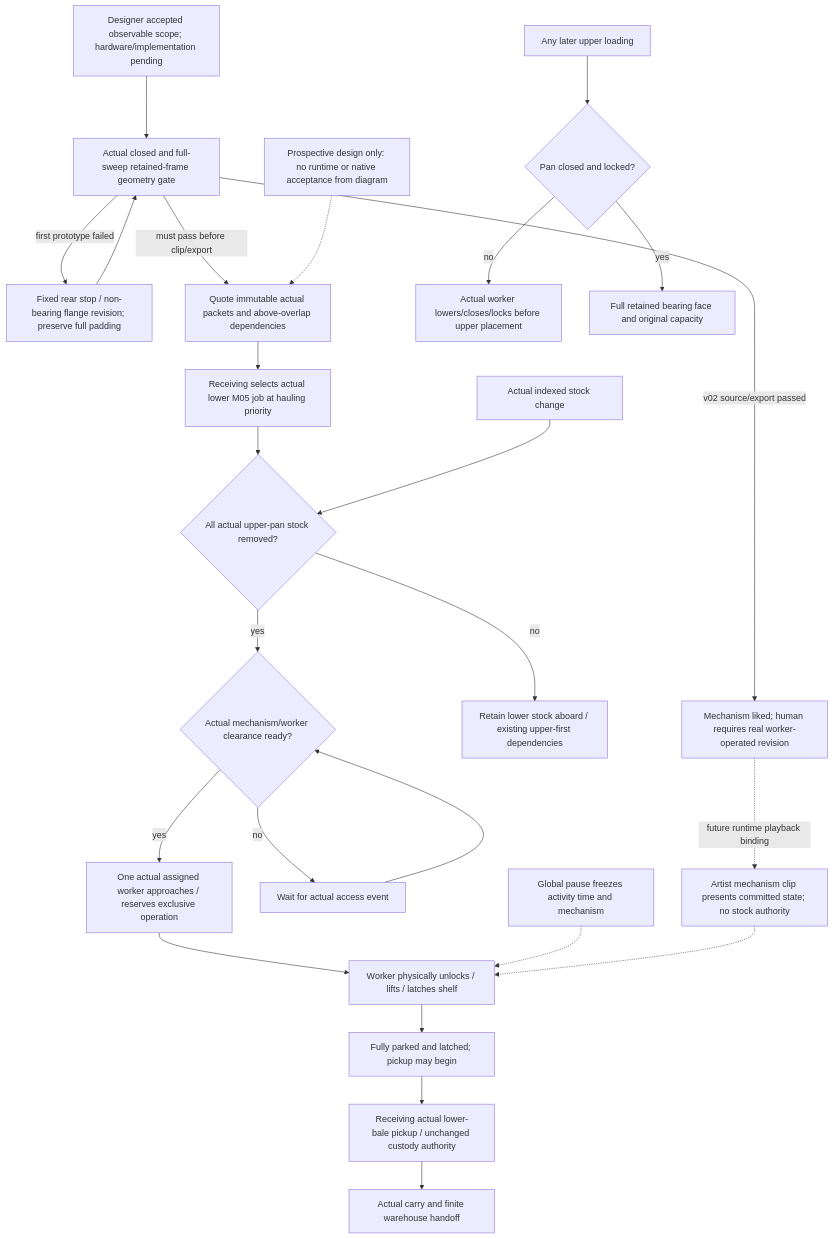
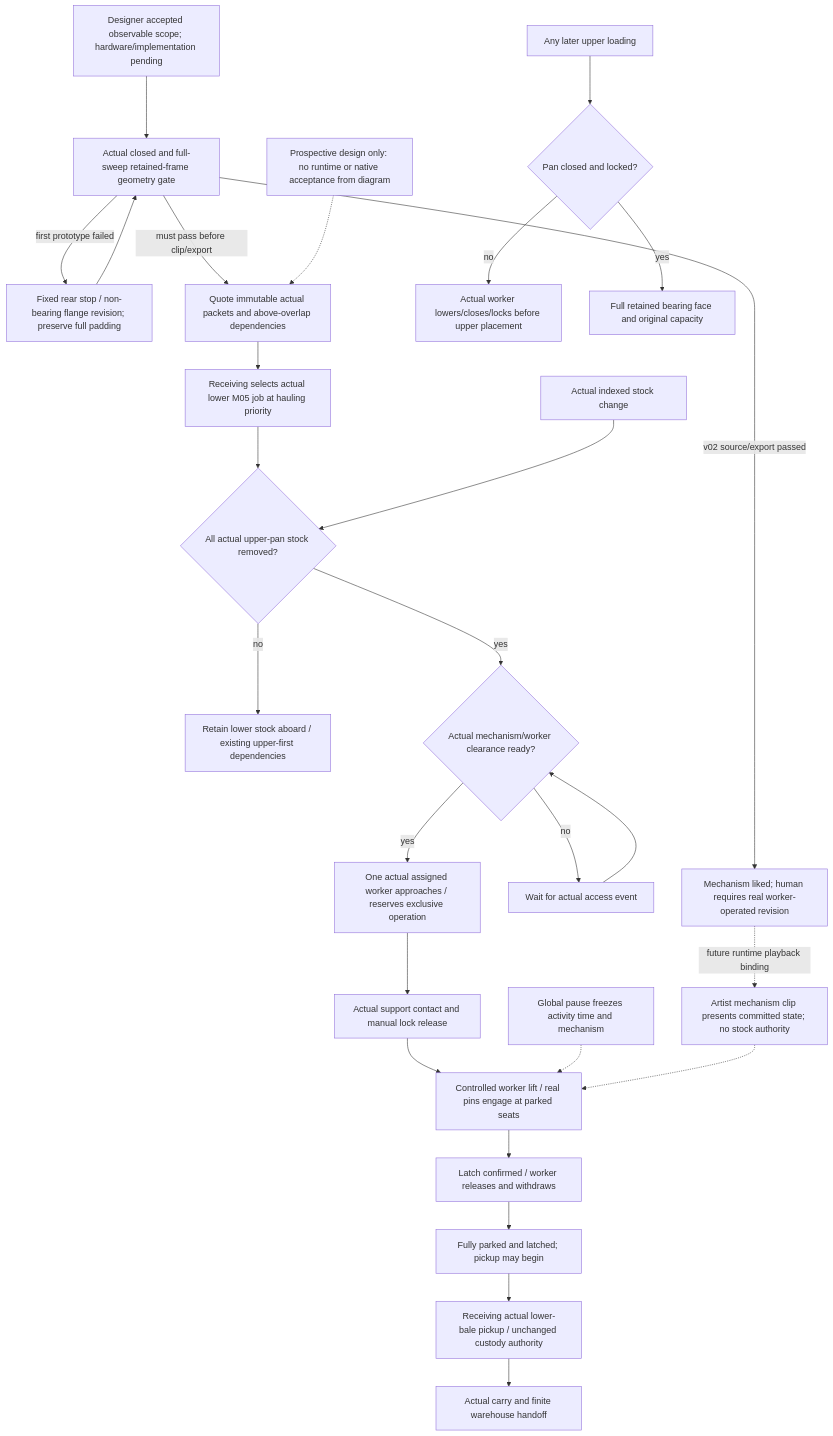
One commit to TheInfinityIQ/Trencho_V4 changed the diagram in docs/diagrams/s4_bale_service.mmd. Above: the diagram before and after it, drawn with Mermaid. The commit also changed 8 other files, not shown here.

Commit message:
Plan real worker operation of folding cargo shelf

```diff
--- a/docs/diagrams/s4_bale_service.mmd
+++ b/docs/diagrams/s4_bale_service.mmd
@@ -1,25 +1,27 @@
 flowchart TD
   Scope[Designer accepted observable scope; hardware/implementation pending] --> Hardware[Actual closed and full-sweep retained-frame geometry gate]
   Hardware -->|first prototype failed| Revise[Fixed rear stop / non-bearing flange revision; preserve full padding]
   Revise --> Hardware
   Hardware -->|v02 source/export passed| Art[Mechanism liked; human requires real worker-operated revision]
   Art -. future runtime playback binding .-> View
   Hardware -->|must pass before clip/export| Manifest[Quote immutable actual packets and above-overlap dependencies]
   Manifest --> Source[Receiving selects actual lower M05 job at hauling priority]
   Source --> Empty{All actual upper-pan stock removed?}
   Empty -->|no| Wait[Retain lower stock aboard / existing upper-first dependencies]
   StockEvent[Actual indexed stock change] --> Empty
   Empty -->|yes| Clear{Actual mechanism/worker clearance ready?}
   Clear -->|no| Clearance[Wait for actual access event]
   Clearance --> Clear
   Clear -->|yes| Worker[One actual assigned worker approaches / reserves exclusive operation]
-  Worker --> Prepare[Worker physically unlocks / lifts / latches shelf]
-  Prepare --> Parked[Fully parked and latched; pickup may begin]
+  Worker --> Grips[Actual support contact and manual lock release]
+  Grips --> Prepare[Controlled worker lift / real pins engage at parked seats]
+  Prepare --> HandsClear[Latch confirmed / worker releases and withdraws]
+  HandsClear --> Parked[Fully parked and latched; pickup may begin]
   Parked --> Pickup[Receiving actual lower-bale pickup / unchanged custody authority]
   Pickup --> Receipt[Actual carry and finite warehouse handoff]
   Pause[Global pause freezes activity time and mechanism] -.-> Prepare
   UpperPlacement[Any later upper loading] --> Closed{Pan closed and locked?}
   Closed -->|no| Reject[Actual worker lowers/closes/locks before upper placement]
   Closed -->|yes| Support[Full retained bearing face and original capacity]
   View[Artist mechanism clip presents committed state; no stock authority] -.-> Prepare
   Note[Prospective design only: no runtime or native acceptance from diagram] -.-> Manifest
```
